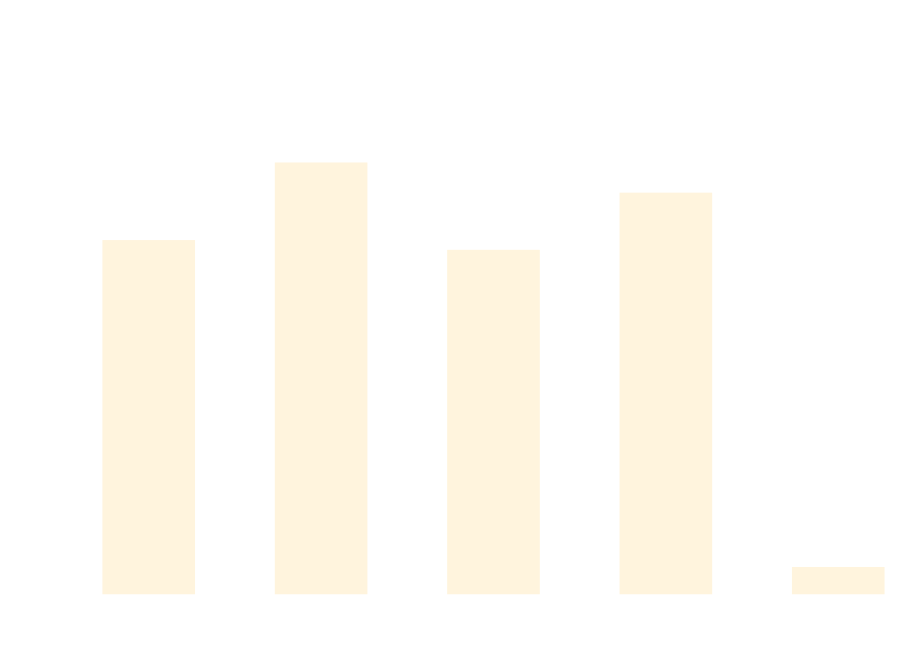
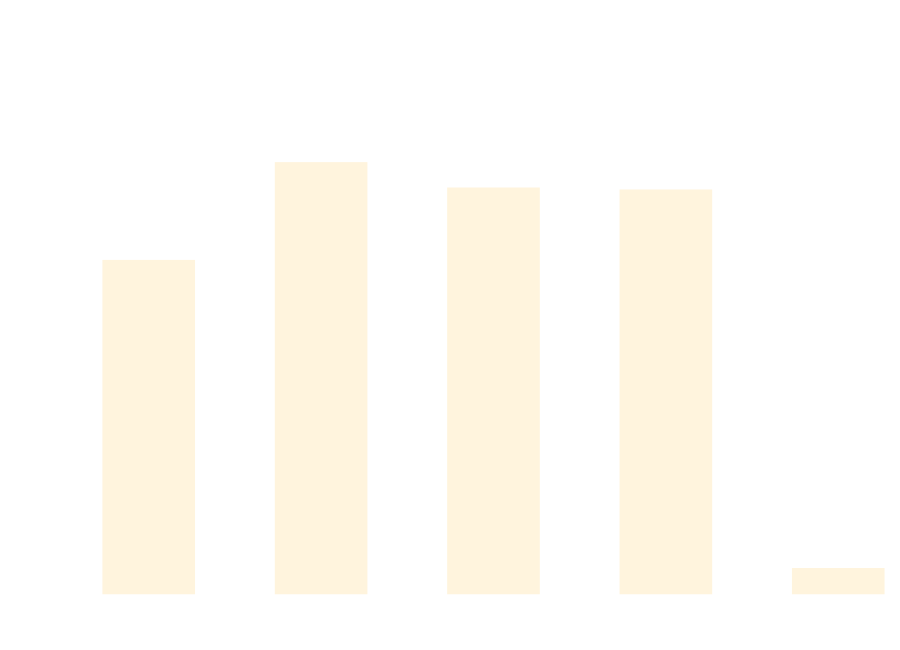
The diagram in docs/docs/benchmarks/DataDrivenTests.md (thomhurst/TUnit), drawn with Mermaid before and after one commit. The commit also changed other lines of this file and 17 other files, not shown here.

````diff
--- a/docs/docs/benchmarks/DataDrivenTests.md
+++ b/docs/docs/benchmarks/DataDrivenTests.md
@@ -27,37 +27,37 @@
 ```mermaid
 %%{init: {
   'theme':'base',
   'themeVariables': {
     'primaryColor': '#2563eb',
     'primaryTextColor': '#ffffff',
     'primaryBorderColor': '#1e40af',
     'lineColor': '#6b7280',
     'secondaryColor': '#7c3aed',
     'tertiaryColor': '#dc2626',
     'background': '#ffffff',
     'mainBkg': '#2563eb',
     'secondBkg': '#7c3aed',
     'tertiaryBkg': '#dc2626',
     'clusterBkg': '#f3f4f6',
     'edgeLabelBackground': '#ffffff',
     'tertiaryTextColor': '#1f2937',
     'pie1': '#2563eb',
     'pie2': '#7c3aed',
     'pie3': '#dc2626',
     'pie4': '#f59e0b',
     'pie5': '#10b981',
     'pie6': '#06b6d4',
     'pie7': '#ec4899',
     'pie8': '#6366f1',
     'pie9': '#84cc16',
     'pie10': '#f97316',
     'pie11': '#14b8a6',
     'pie12': '#a855f7'
   }
 }}%%
 xychart-beta
   title "DataDrivenTests Performance Comparison"
   x-axis ["TUnit", "NUnit", "MSTest", "xUnit3", "TUnit_AOT"]
-  y-axis "Time (ms)" 0 --> 738
-  bar [501.17, 614.3, 486.97, 570.33, 24.64]
+  y-axis "Time (ms)" 0 --> 784
+  bar [501.73, 653.11, 613.84, 610.77, 24.61]
 ```
````
